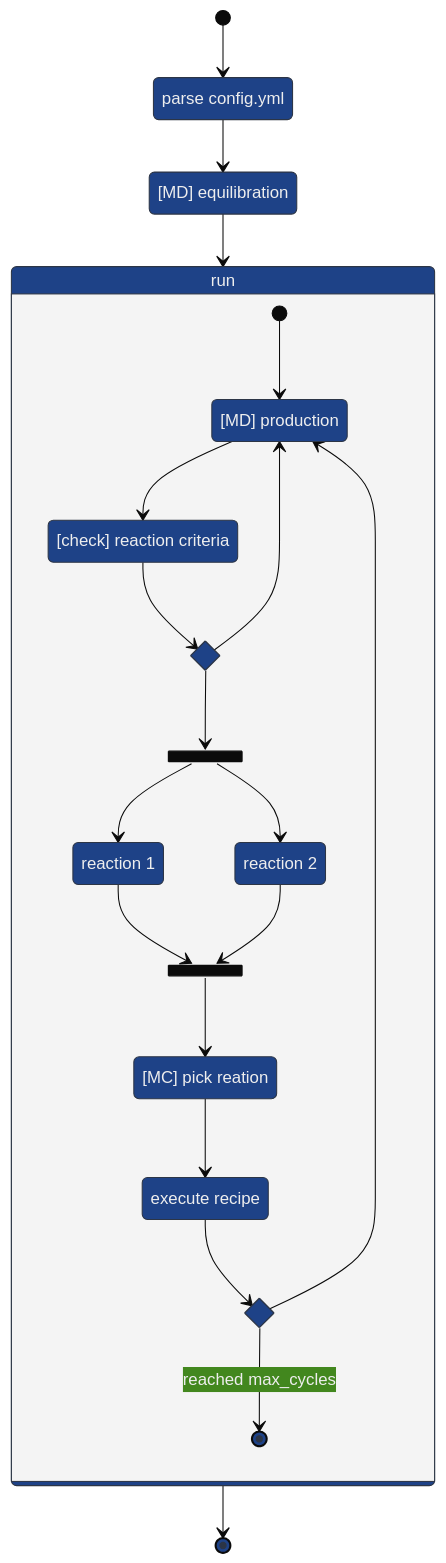
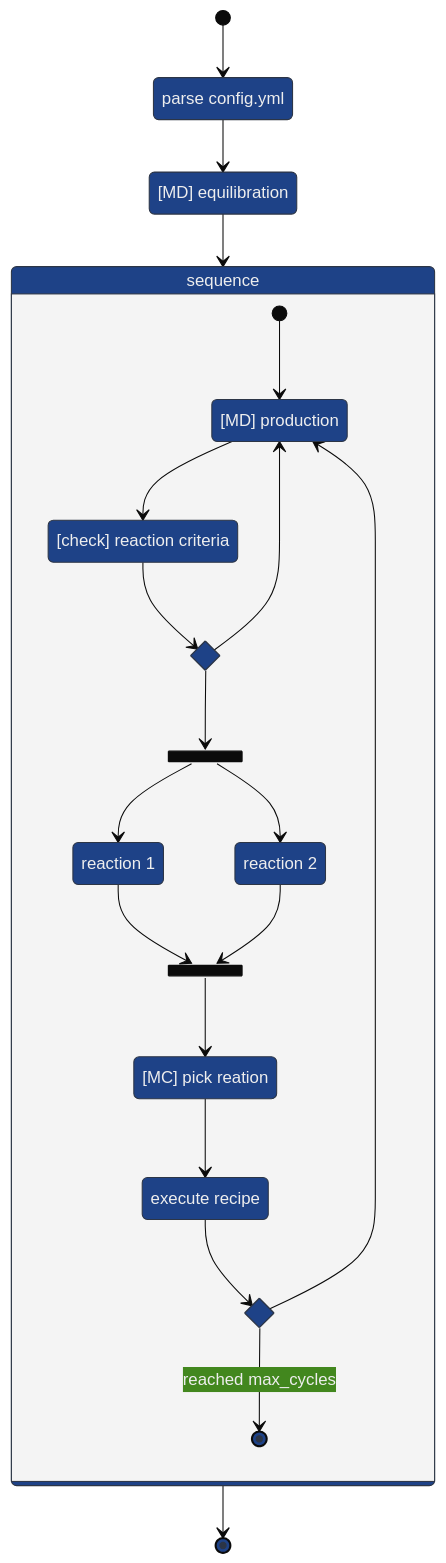
One commit to graeter-group/kimmdy-poster changed the diagram in index.qmd. Above: the diagram before and after it, drawn with Mermaid. The commit also changed other lines of this file and 4 other files, not shown here.

````diff
--- a/index.qmd
+++ b/index.qmd
@@ -76,45 +84,45 @@
 ```{mermaid}
 %%| label: fig-states
 %%| fig-cap: State diagram of KIMMDY 2.0
 %%{init: {'theme': 'base',
 'themeVariables': {
   'primaryColor': '#1E4287',
   'primaryTextColor': '#eee',
   'fontSize': '1rem',
   'fontFamily': 'Roboto'
 }}}%%
 stateDiagram-v2
 parse: parse config.yml
 eq: [MD] equilibration
 prod: [MD] production
 check: [check] reaction criteria
 state stop <<choice>>
 state ask <<fork>>
 state decide <<join>>
 state cycle <<choice>>
 pick: [MC] pick reation
 execute: execute recipe
 react1: reaction 1
 react2: reaction 2
 
 [*] --> parse
 parse --> eq
-eq --> run
-state run {
+eq --> sequence
+state sequence {
   [*] --> prod
   prod --> check
   check --> stop
   stop --> prod
   stop --> ask
   ask --> react1
   ask --> react2
   react1 --> decide
   react2 --> decide
   decide --> pick
   pick --> execute
   execute --> cycle
   cycle --> prod
   cycle --> [*]: reached max_cycles
 }
-run --> [*]
+sequence --> [*]
 ```
````
